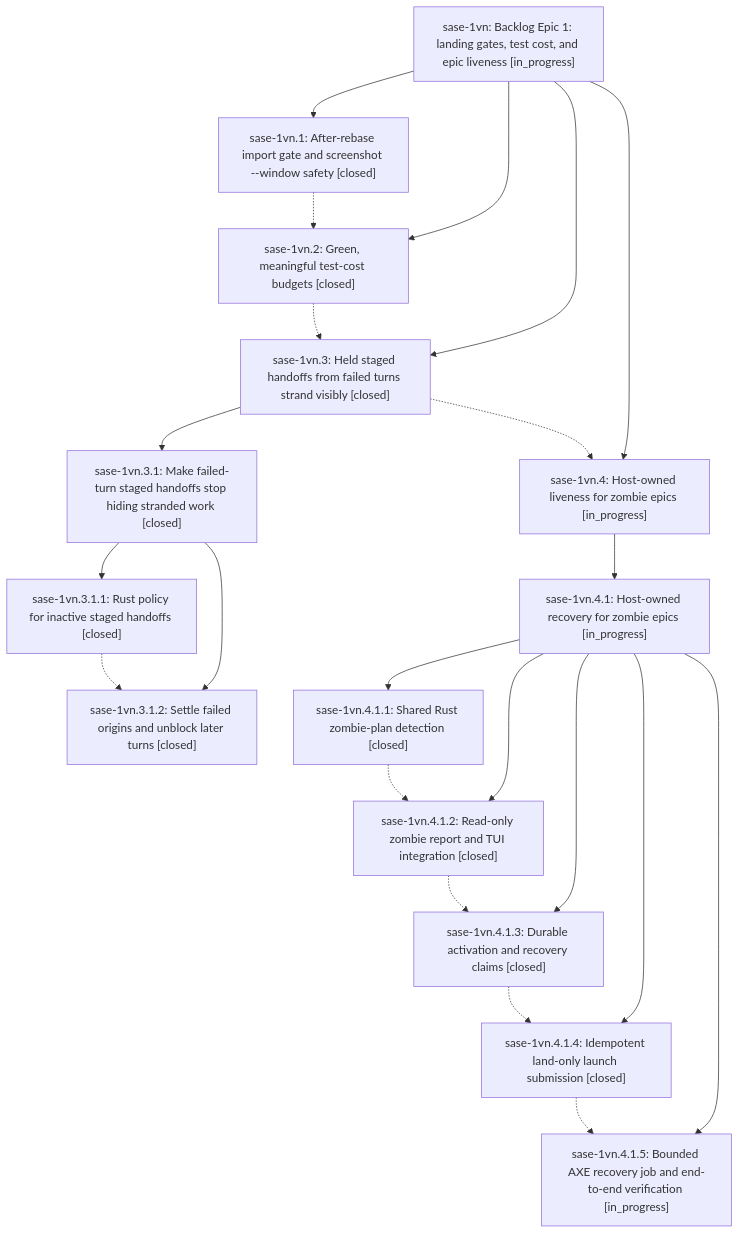
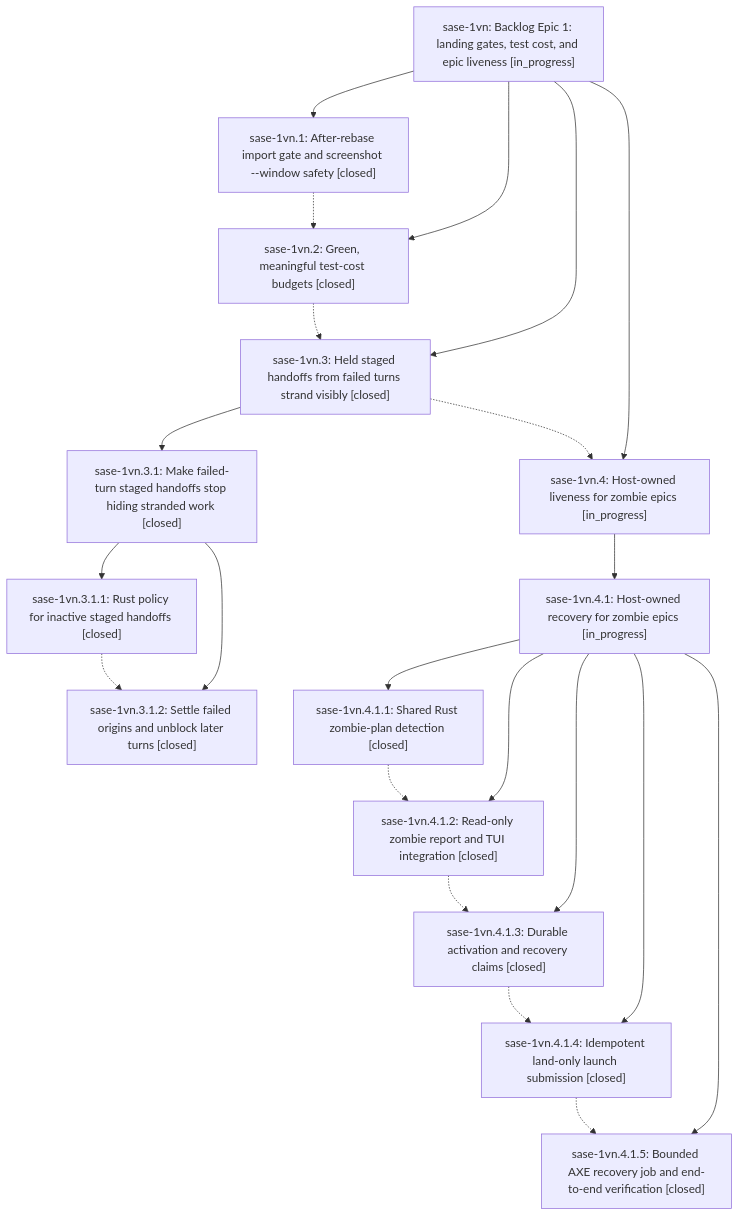
The diagram in pages/sase-1vn/README.md (sase-org/sase--beads), drawn with Mermaid before and after one commit. The commit also changed other lines of this file and 4 other files, not shown here.

````diff
--- a/pages/sase-1vn/README.md
+++ b/pages/sase-1vn/README.md
@@ -41,38 +41,38 @@
 ```mermaid
 flowchart TD
     n0["sase-1vn: Backlog Epic 1: landing gates, test cost, and epic liveness [in_progress]"]
     n1["sase-1vn.1: After-rebase import gate and screenshot --window safety [closed]"]
     n2["sase-1vn.2: Green, meaningful test-cost budgets [closed]"]
     n3["sase-1vn.3: Held staged handoffs from failed turns strand visibly [closed]"]
     n4["sase-1vn.3.1: Make failed-turn staged handoffs stop hiding stranded work [closed]"]
     n5["sase-1vn.3.1.1: Rust policy for inactive staged handoffs [closed]"]
     n6["sase-1vn.3.1.2: Settle failed origins and unblock later turns [closed]"]
     n7["sase-1vn.4: Host-owned liveness for zombie epics [in_progress]"]
     n8["sase-1vn.4.1: Host-owned recovery for zombie epics [in_progress]"]
     n9["sase-1vn.4.1.1: Shared Rust zombie-plan detection [closed]"]
     n10["sase-1vn.4.1.2: Read-only zombie report and TUI integration [closed]"]
     n11["sase-1vn.4.1.3: Durable activation and recovery claims [closed]"]
     n12["sase-1vn.4.1.4: Idempotent land-only launch submission [closed]"]
-    n13["sase-1vn.4.1.5: Bounded AXE recovery job and end-to-end verification [in_progress]"]
+    n13["sase-1vn.4.1.5: Bounded AXE recovery job and end-to-end verification [closed]"]
     n0 --> n1
     n0 --> n2
     n0 --> n3
     n3 --> n4
     n4 --> n5
     n4 --> n6
     n0 --> n7
     n7 --> n8
     n8 --> n9
     n8 --> n10
     n8 --> n11
     n8 --> n12
     n8 --> n13
     n1 -.-> n2
     n2 -.-> n3
     n3 -.-> n7
     n5 -.-> n6
     n9 -.-> n10
     n10 -.-> n11
     n11 -.-> n12
     n12 -.-> n13
 ```
````
